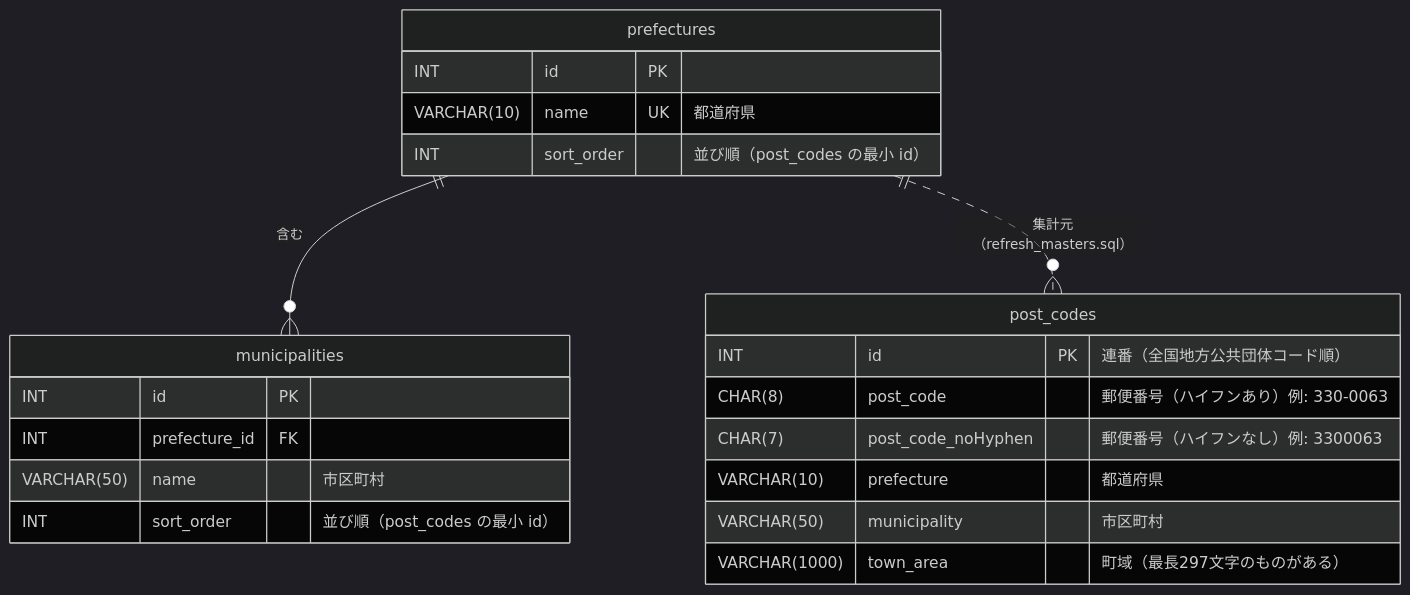
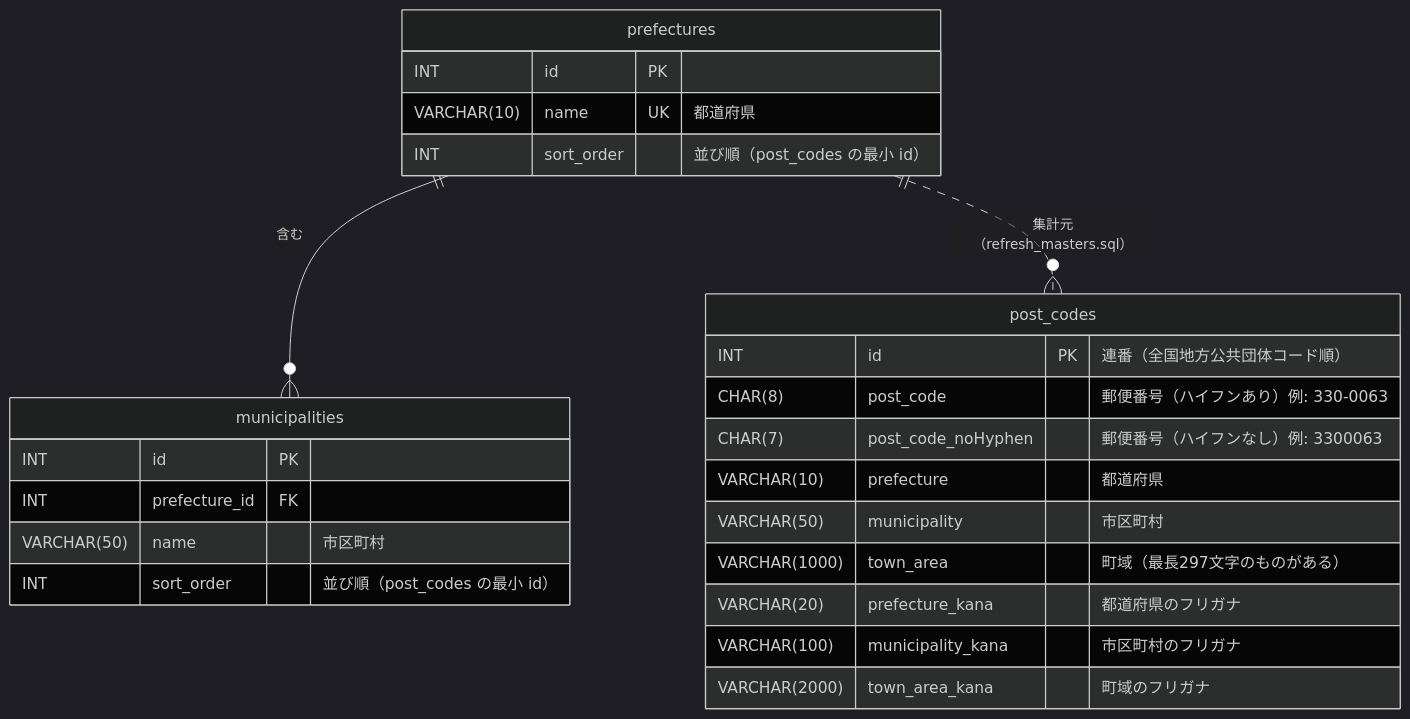
Before and after one commit to KoichiKurita/Search_Address_and_PostCode: the second of 2 diagrams in README.md, drawn with Mermaid (dark theme). The commit also changed other lines of this file and 19 other files, not shown here.

`````diff
--- a/README.md
+++ b/README.md
@@ -115,24 +121,27 @@
 ```mermaid
 erDiagram
     post_codes {
         INT id PK "連番（全国地方公共団体コード順）"
         CHAR(8) post_code "郵便番号（ハイフンあり）例: 330-0063"
         CHAR(7) post_code_noHyphen "郵便番号（ハイフンなし）例: 3300063"
         VARCHAR(10) prefecture "都道府県"
         VARCHAR(50) municipality "市区町村"
         VARCHAR(1000) town_area "町域（最長297文字のものがある）"
+        VARCHAR(20) prefecture_kana "都道府県のフリガナ"
+        VARCHAR(100) municipality_kana "市区町村のフリガナ"
+        VARCHAR(2000) town_area_kana "町域のフリガナ"
     }
     prefectures {
         INT id PK
         VARCHAR(10) name UK "都道府県"
         INT sort_order "並び順（post_codes の最小 id）"
     }
     municipalities {
         INT id PK
         INT prefecture_id FK
         VARCHAR(50) name "市区町村"
         INT sort_order "並び順（post_codes の最小 id）"
     }
     prefectures ||--o{ municipalities : "含む"
     prefectures ||..o{ post_codes : "集計元（refresh_masters.sql）"
 ````
`````
